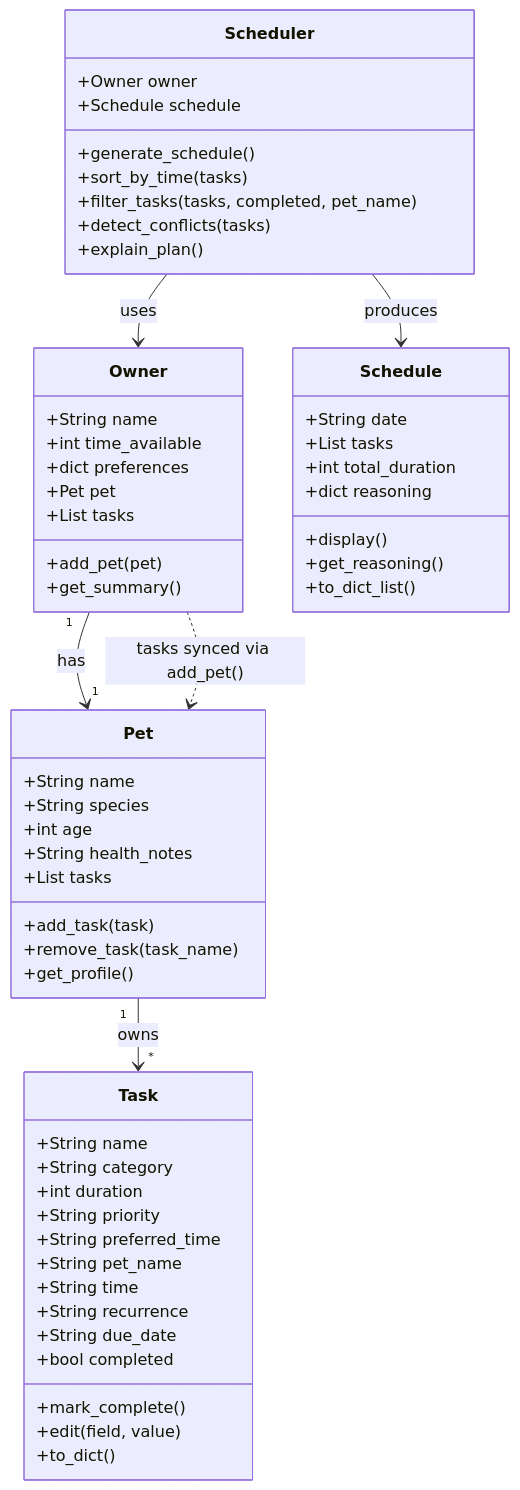
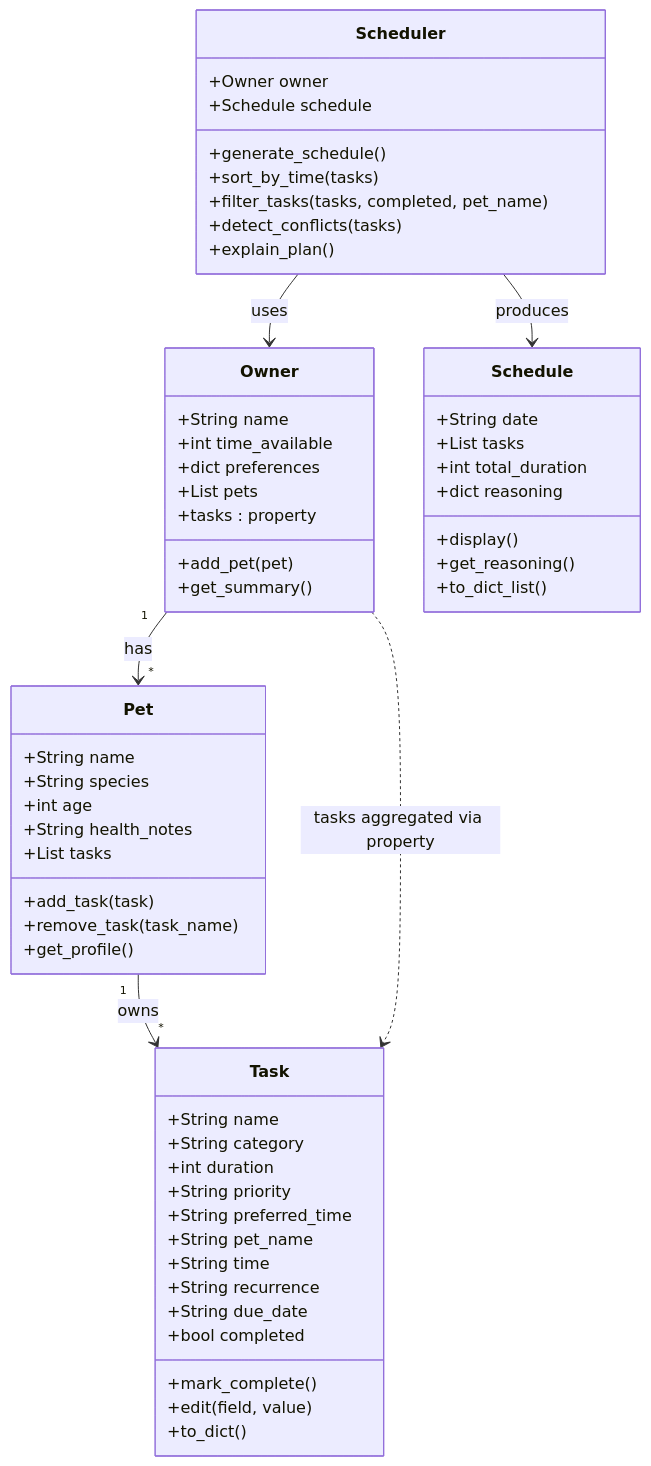
The diagram in reflection.md (lorraineC26/ai110-module2show-pawpal-starter), drawn with Mermaid before and after one commit. The commit also changed 8 other files, not shown here.

````diff
--- a/reflection.md
+++ b/reflection.md
@@ -24,65 +24,65 @@
 ```mermaid
 classDiagram
     class Owner {
         +String name
         +int time_available
         +dict preferences
-        +Pet pet
-        +List tasks
+        +List pets
+        +tasks : property
         +add_pet(pet)
         +get_summary()
     }
 
     class Pet {
         +String name
         +String species
         +int age
         +String health_notes
         +List tasks
         +add_task(task)
         +remove_task(task_name)
         +get_profile()
     }
 
     class Task {
         +String name
         +String category
         +int duration
         +String priority
         +String preferred_time
         +String pet_name
         +String time
         +String recurrence
         +String due_date
         +bool completed
         +mark_complete()
         +edit(field, value)
         +to_dict()
     }
 
     class Schedule {
         +String date
         +List tasks
         +int total_duration
         +dict reasoning
         +display()
         +get_reasoning()
         +to_dict_list()
     }
 
     class Scheduler {
         +Owner owner
         +Schedule schedule
         +generate_schedule()
         +sort_by_time(tasks)
         +filter_tasks(tasks, completed, pet_name)
         +detect_conflicts(tasks)
         +explain_plan()
     }
 
-    Owner "1" --> "1" Pet : has
+    Owner "1" --> "*" Pet : has
     Pet "1" --> "*" Task : owns
-    Owner ..> Pet : tasks synced via add_pet()
+    Owner ..> Task : tasks aggregated via property
     Scheduler --> Owner : uses
     Scheduler --> Schedule : produces
 ```
````
